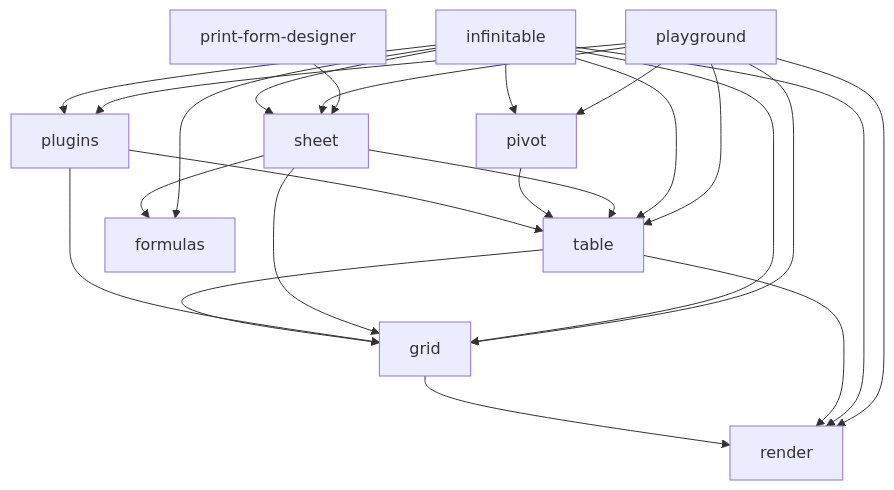
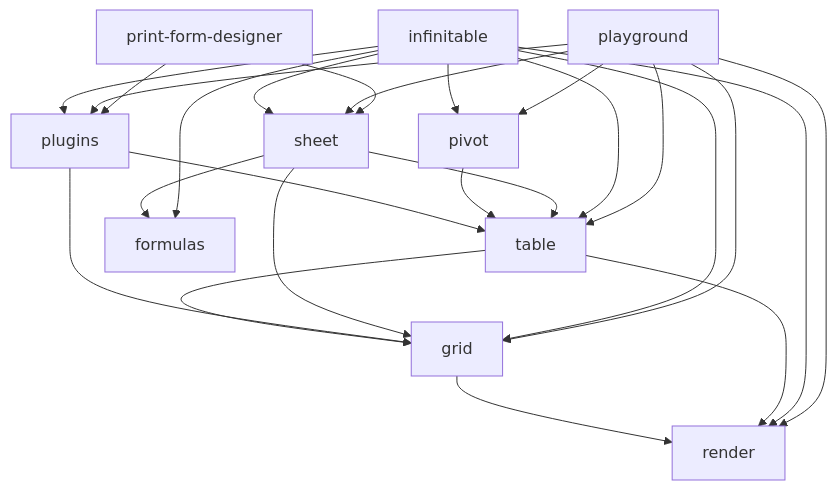
One commit to cabinet-fe/infinite-table changed the diagram in .agents/docs/CODE-MAP.md. Above: the diagram before and after it, drawn with Mermaid. The commit also changed 6 other files, not shown here.

First line of the commit message:
feat(print-form-designer): 画布纸张边界与分页参考线（P4）

````diff
--- a/.agents/docs/CODE-MAP.md
+++ b/.agents/docs/CODE-MAP.md
@@ -85,26 +85,27 @@
 ```mermaid
 graph TD
     grid --> render
     table --> grid
     table --> render
     plugins --> table
     plugins --> grid
     pivot --> table
     sheet --> table
     sheet --> grid
     sheet --> formulas
     infinitable --> render
     infinitable --> grid
     infinitable --> table
     infinitable --> formulas
     infinitable --> plugins
     infinitable --> sheet
     infinitable --> pivot
     playground --> grid
     playground --> table
     playground --> render
     playground --> plugins
     playground --> pivot
     playground --> sheet
     print-form-designer --> sheet
+    print-form-designer --> plugins
 ```
````
